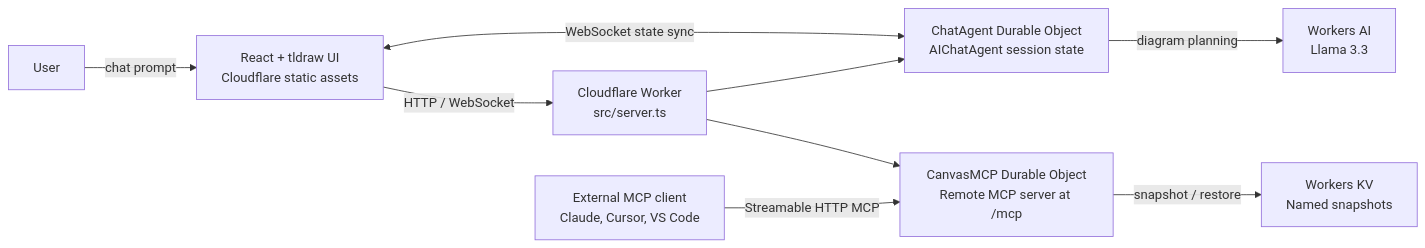
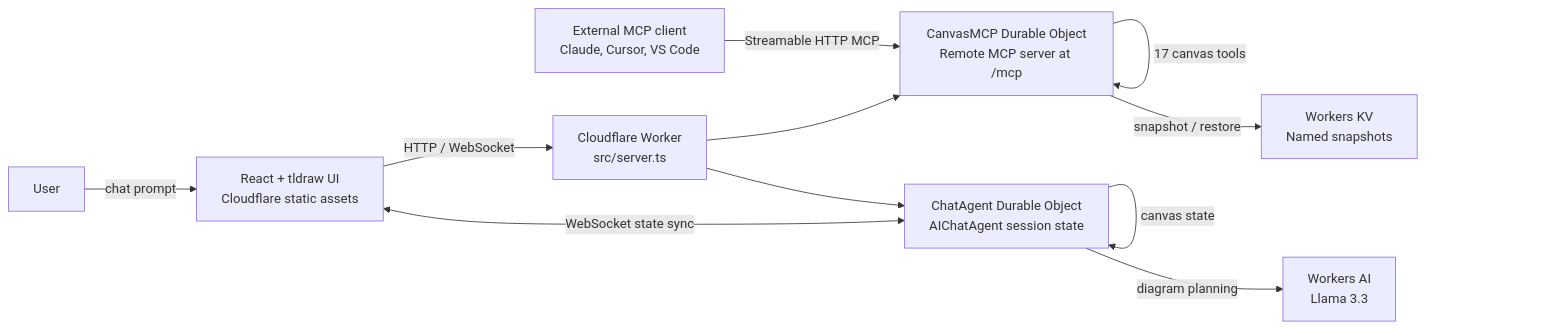
One commit to Mihai-Codes/cf_ai_canvas changed the diagram in README.md. Above: the diagram before and after it, drawn with Mermaid. The commit also changed other lines of this file and 9 other files, not shown here.

````diff
--- a/README.md
+++ b/README.md
@@ -79,20 +25,29 @@
 ```mermaid
 flowchart LR
   user["User"]
-  mcpClient["External MCP client\nClaude, Cursor, VS Code"]
-  frontend["React + tldraw UI\nCloudflare static assets"]
-  worker["Cloudflare Worker\nsrc/server.ts"]
-  chat["ChatAgent Durable Object\nAIChatAgent session state"]
-  mcp["CanvasMCP Durable Object\nRemote MCP server at /mcp"]
-  ai["Workers AI\nLlama 3.3"]
-  kv["Workers KV\nNamed snapshots"]
+  mcpClient["External MCP client
+Claude, Cursor, VS Code"]
+  frontend["React + tldraw UI
+Cloudflare static assets"]
+  worker["Cloudflare Worker
+src/server.ts"]
+  chat["ChatAgent Durable Object
+AIChatAgent session state"]
+  mcp["CanvasMCP Durable Object
+Remote MCP server at /mcp"]
+  ai["Workers AI
+Llama 3.3"]
+  kv["Workers KV
+Named snapshots"]
 
   user -->|"chat prompt"| frontend
   frontend <-->|"WebSocket state sync"| chat
   frontend -->|"HTTP / WebSocket"| worker
   worker --> chat
   worker --> mcp
   chat -->|"diagram planning"| ai
+  chat -->|"canvas state"| chat
   mcpClient -->|"Streamable HTTP MCP"| mcp
   mcp -->|"snapshot / restore"| kv
+  mcp -->|"17 canvas tools"| mcp
 ```
````
